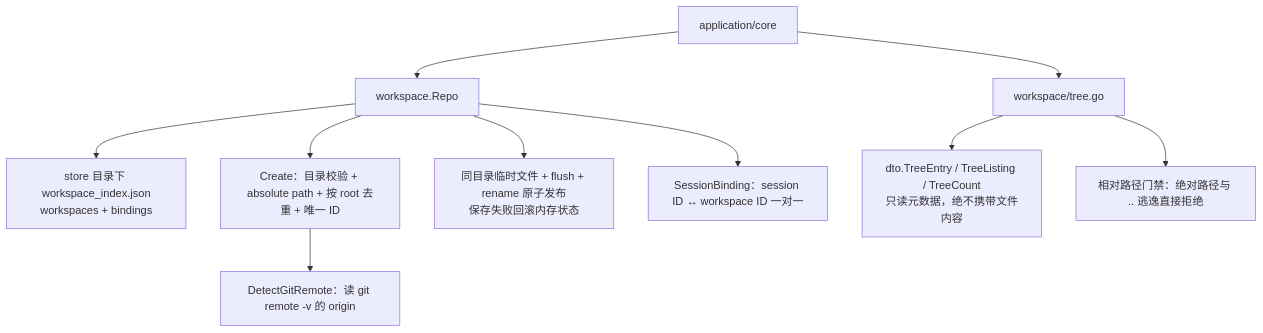
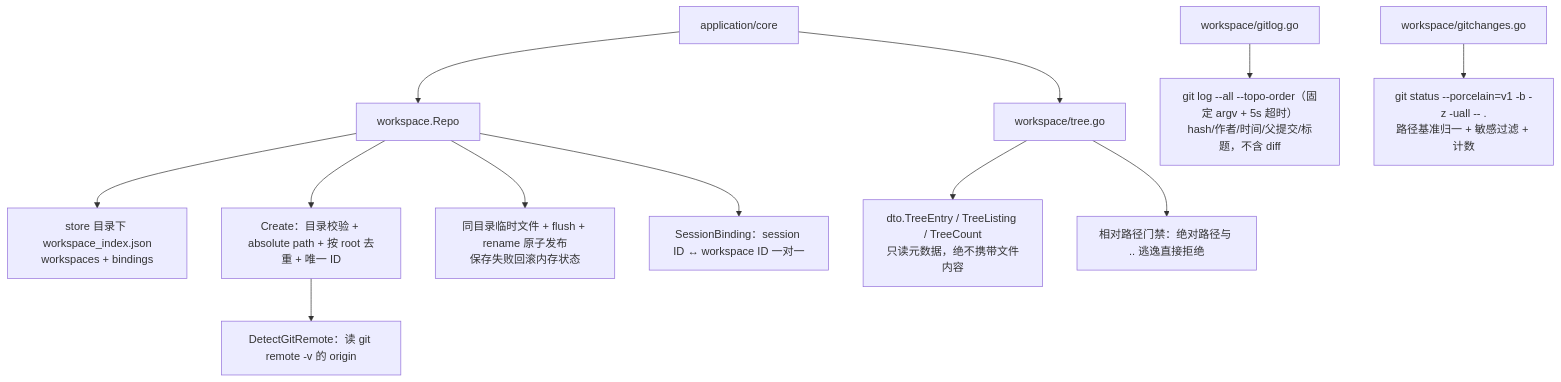
The first of 2 diagrams in workspace/README.md (RedHuang-0622/seelex), drawn with Mermaid before and after one commit. The commit also changed other lines of this file and 20 other files, not shown here.

First line of the commit message:
feat(workspace,contract,core,gui,docs): 工作区更改面板——git status 只读元数据（含三处后端收敛）

````diff
--- a/workspace/README.md
+++ b/workspace/README.md
@@ -9,12 +9,14 @@
 ```mermaid
 flowchart TB
     CORE["application/core"] --> WS["workspace.Repo"]
     CORE --> TREE["workspace/tree.go"]
     WS --> INDEX["store 目录下 workspace_index.json<br/>workspaces + bindings"]
     WS --> DUP["Create：目录校验 + absolute path + 按 root 去重 + 唯一 ID"]
     WS --> ATOMIC["同目录临时文件 + flush + rename 原子发布<br/>保存失败回滚内存状态"]
     WS --> BIND["SessionBinding：session ID ↔ workspace ID 一对一"]
     TREE --> DTO["dto.TreeEntry / TreeListing / TreeCount<br/>只读元数据，绝不携带文件内容"]
     TREE --> GATE["相对路径门禁：绝对路径与 .. 逃逸直接拒绝"]
+    GIT["workspace/gitlog.go"] --> LOG["git log --all --topo-order（固定 argv + 5s 超时）<br/>hash/作者/时间/父提交/标题，不含 diff"]
+    CHANGES["workspace/gitchanges.go"] --> STAT["git status --porcelain=v1 -b -z -uall -- .<br/>路径基准归一 + 敏感过滤 + 计数"]
     DUP --> DETECT["DetectGitRemote：读 git remote -v 的 origin"]
 ```
````
